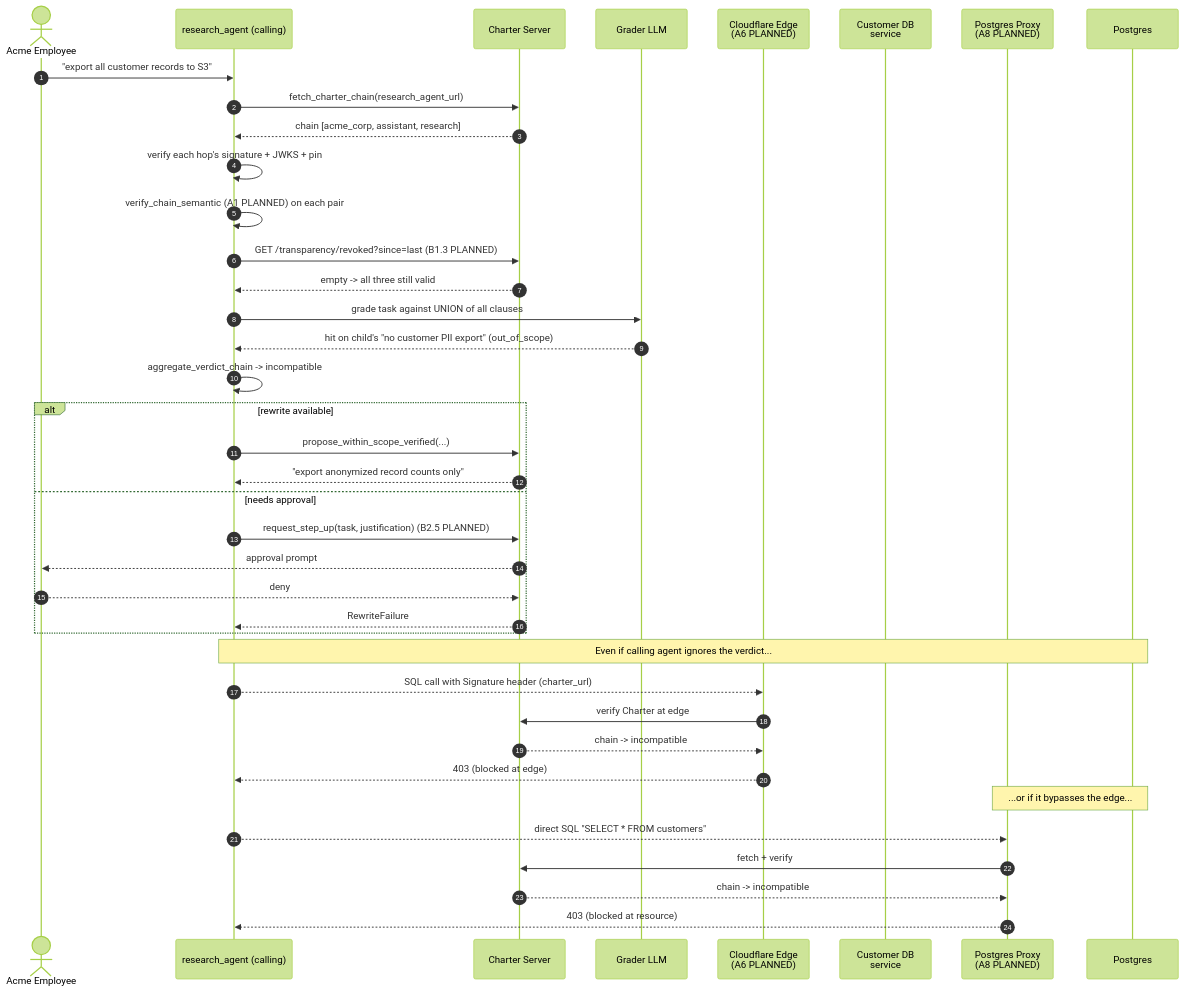
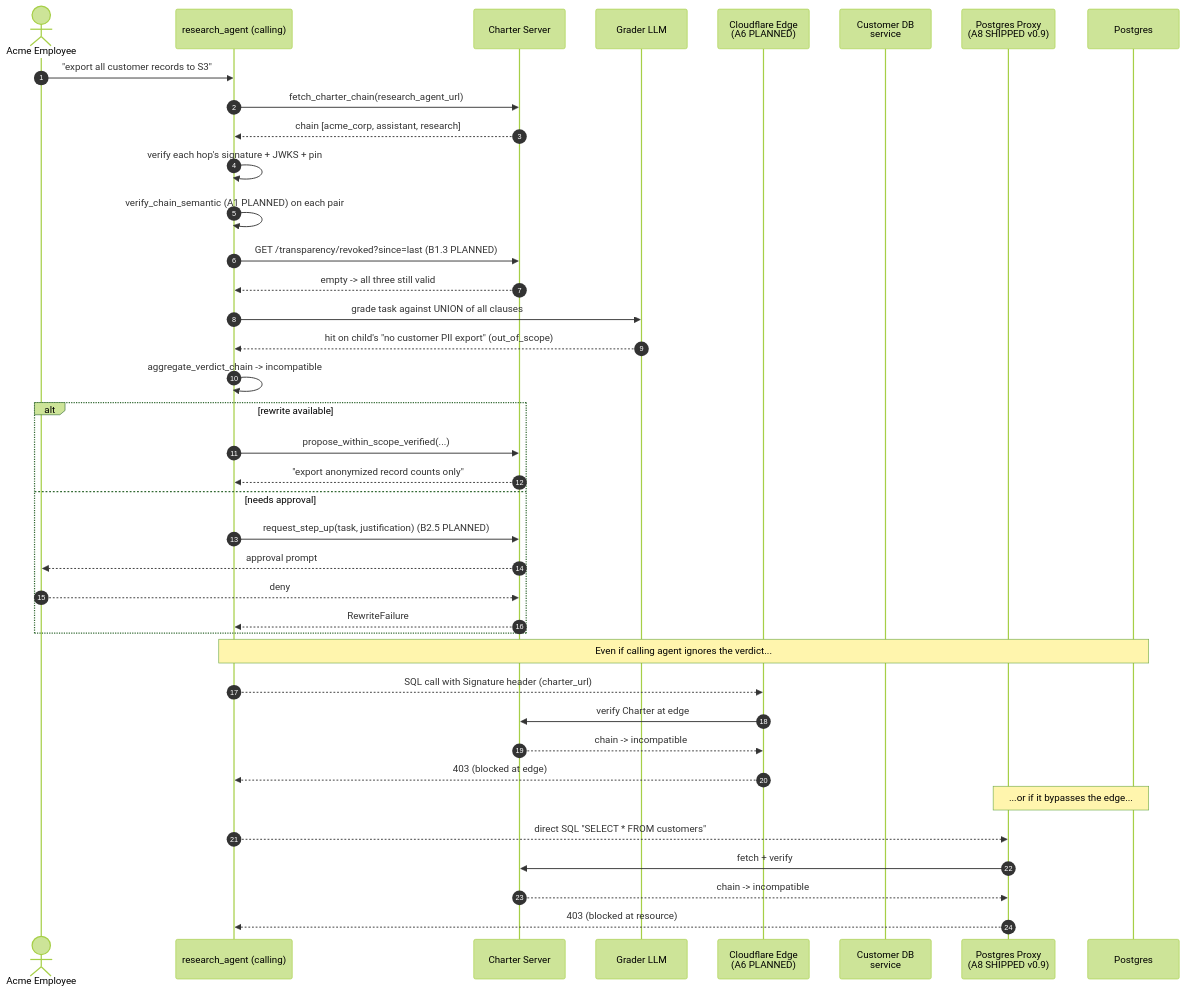
The sixth of 6 diagrams in docs/architecture.md (hnaymyh123-henry/charter), drawn with Mermaid (forest theme) before and after one commit. The commit also changed other lines of this file and 11 other files, not shown here.

````diff
--- a/docs/architecture.md
+++ b/docs/architecture.md
@@ -483,47 +492,47 @@
 ```mermaid
 sequenceDiagram
     autonumber
     actor U as Acme Employee
     participant CA as research_agent (calling)
     participant SRV as Charter Server
     participant LLM as Grader LLM
     participant EDGE as Cloudflare Edge<br/>(A6 PLANNED)
     participant WA as Customer DB<br/>service
-    participant RG as Postgres Proxy<br/>(A8 PLANNED)
+    participant RG as Postgres Proxy<br/>(A8 SHIPPED v0.9)
     participant DB as Postgres
 
     U->>CA: "export all customer records to S3"
     CA->>SRV: fetch_charter_chain(research_agent_url)
     SRV-->>CA: chain [acme_corp, assistant, research]
     CA->>CA: verify each hop's signature + JWKS + pin
     CA->>CA: verify_chain_semantic (A1 PLANNED) on each pair
     CA->>SRV: GET /transparency/revoked?since=last (B1.3 PLANNED)
     SRV-->>CA: empty -> all three still valid
     CA->>LLM: grade task against UNION of all clauses
     LLM-->>CA: hit on child's "no customer PII export" (out_of_scope)
     CA->>CA: aggregate_verdict_chain -> incompatible
 
     alt rewrite available
         CA->>SRV: propose_within_scope_verified(...)
         SRV-->>CA: "export anonymized record counts only"
     else needs approval
         CA->>SRV: request_step_up(task, justification) (B2.5 PLANNED)
         SRV-->>U: approval prompt
         U-->>SRV: deny
         SRV-->>CA: RewriteFailure
     end
 
     Note over CA,DB: Even if calling agent ignores the verdict...
 
     CA-->>EDGE: SQL call with Signature header (charter_url)
     EDGE->>SRV: verify Charter at edge
     SRV-->>EDGE: chain -> incompatible
     EDGE-->>CA: 403 (blocked at edge)
 
     Note over RG,DB: ...or if it bypasses the edge...
 
     CA-->>RG: direct SQL "SELECT * FROM customers"
     RG->>SRV: fetch + verify
     SRV-->>RG: chain -> incompatible
     RG-->>CA: 403 (blocked at resource)
 ```
````
